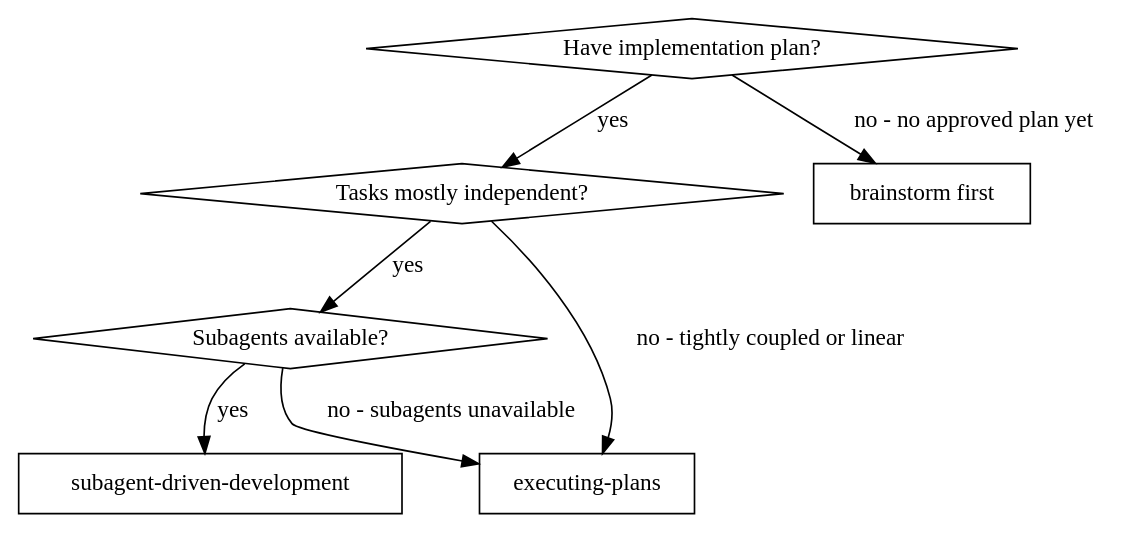
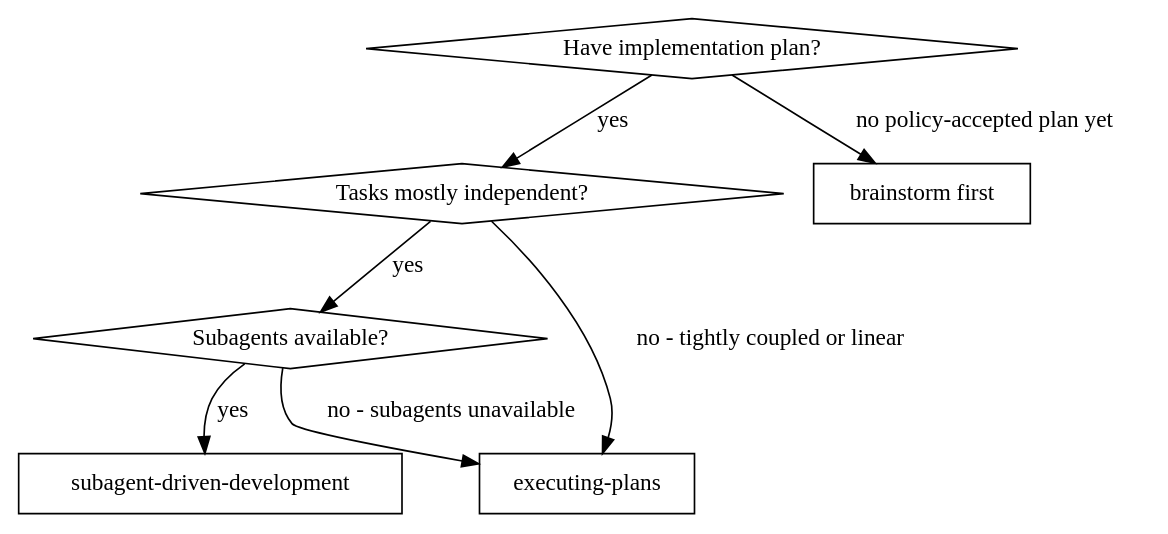
One commit to NenadBanjeglav/superpowers-architecture changed the first of 2 diagrams in skills/subagent-driven-development/SKILL.md. Above: the diagram before and after it, drawn with Graphviz. The commit also changed other lines of this file and 37 other files, not shown here.

````diff
--- a/skills/subagent-driven-development/SKILL.md
+++ b/skills/subagent-driven-development/SKILL.md
@@ -108,17 +115,17 @@
 ```dot
 digraph when_to_use {
     "Have implementation plan?" [shape=diamond];
     "Tasks mostly independent?" [shape=diamond];
     "Subagents available?" [shape=diamond];
     "subagent-driven-development" [shape=box];
     "executing-plans" [shape=box];
     "brainstorm first" [shape=box];
 
     "Have implementation plan?" -> "Tasks mostly independent?" [label="yes"];
-    "Have implementation plan?" -> "brainstorm first" [label="no - no approved plan yet"];
+    "Have implementation plan?" -> "brainstorm first" [label="no policy-accepted plan yet"];
     "Tasks mostly independent?" -> "Subagents available?" [label="yes"];
     "Tasks mostly independent?" -> "executing-plans" [label="no - tightly coupled or linear"];
     "Subagents available?" -> "subagent-driven-development" [label="yes"];
     "Subagents available?" -> "executing-plans" [label="no - subagents unavailable"];
 }
 ```
````
